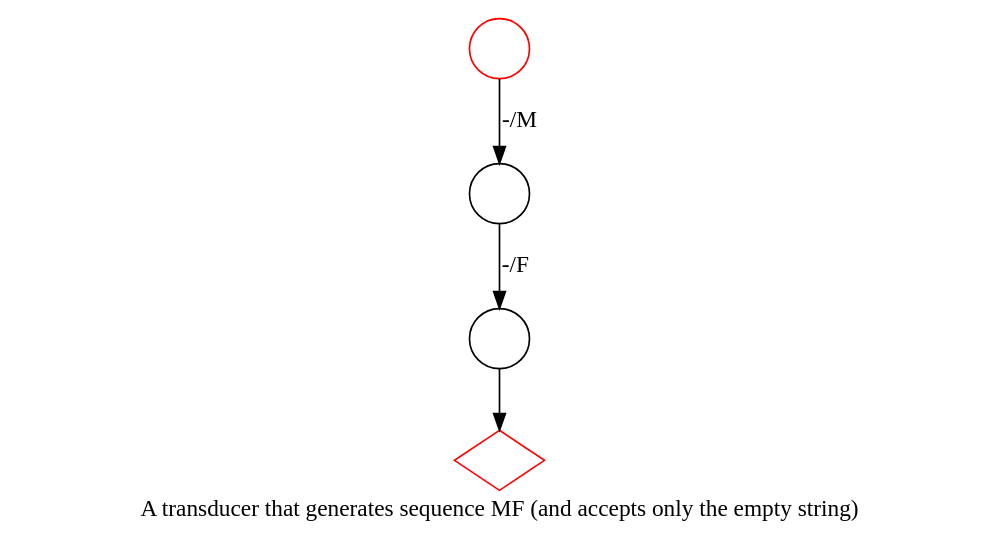
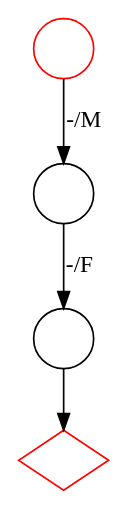
Before and after one commit to ihh/transducer-tutorial: the diagram in mf-generator.dot, drawn with Graphviz. The commit also changed 35 other files, not shown here.

Commit message:
Moving to automatic generation of state diagrams

```diff
--- a/mf-generator.dot
+++ b/mf-generator.dot
@@ -1,13 +1,13 @@
 digraph G {
     S [label="", shape=circle, color=red];
     E [label="", shape=diamond, color=red];
 
     I1 [label="", shape=circle];
     I2 [label="", shape=circle];
 
 S->I1 [label="-/M"];
 I1->I2 [label="-/F"];
 I2->E;
 
-    label="A transducer that generates sequence MF (and accepts only the empty string)";
+
 }
```
